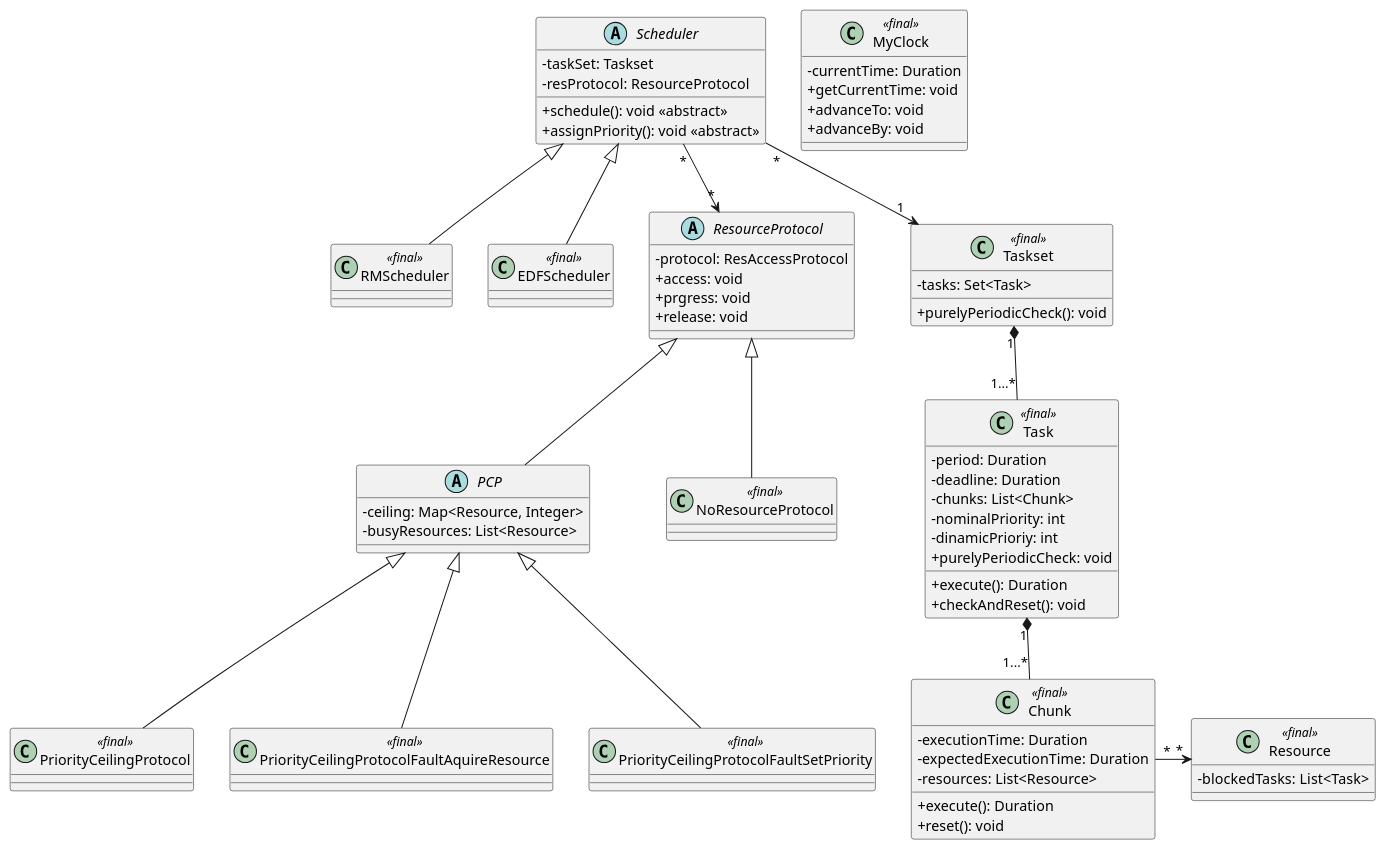
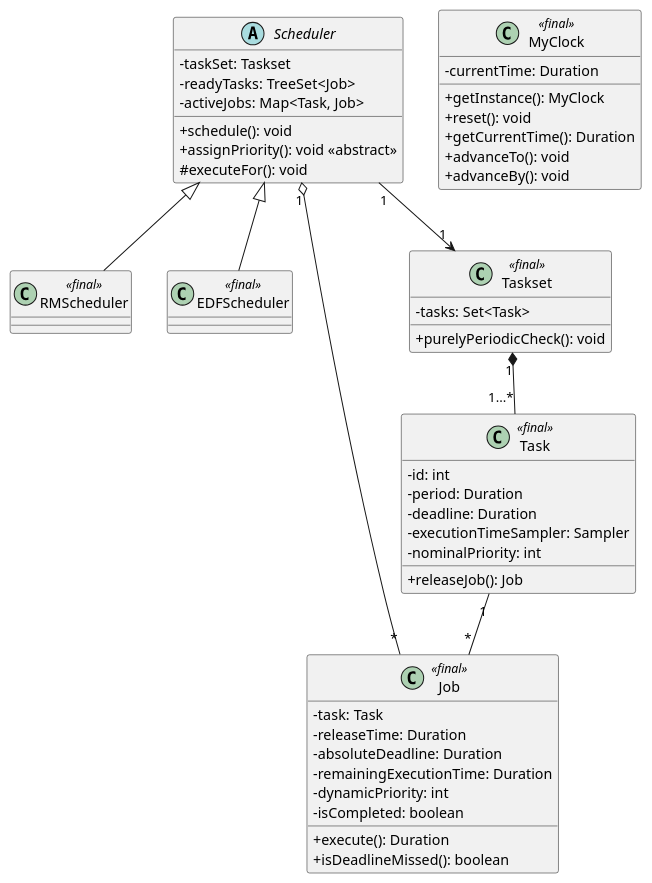
The diagram in simulator/report/immagini/class diagram.puml (edoardosarri24/probabilistic-soft-real-time-analysis), drawn with PlantUML before and after one commit. The commit also changed 30 other files, not shown here.

```diff
--- a/simulator/report/immagini/class diagram.puml
+++ b/simulator/report/immagini/class diagram.puml
@@ -1,91 +1,62 @@
 @startuml class diagram
 skinparam classAttributeIconSize 0
 
 ' classi
 abstract class Scheduler {
     - taskSet: Taskset
-    - resProtocol: ResourceProtocol
-    + schedule(): void <<abstract>>
+    - readyTasks: TreeSet<Job>
+    - activeJobs: Map<Task, Job>
+    + schedule(): void
     + assignPriority(): void <<abstract>>
+    # executeFor(): void
 }
 
 class MyClock <<final>> {
     - currentTime: Duration
-    + getCurrentTime: void
-    + advanceTo: void
-    + advanceBy: void
+    + getInstance(): MyClock
+    + reset(): void
+    + getCurrentTime(): Duration
+    + advanceTo(): void
+    + advanceBy(): void
 }
 
 class RMScheduler <<final>> {
 }
 
 class EDFScheduler <<final>> {
 }
 
-abstract class ResourceProtocol {
-    - protocol: ResAccessProtocol
-    + access: void
-    + prgress: void
-    + release: void
-}
-
-abstract class PCP {
-    - ceiling: Map<Resource, Integer>
-    - busyResources: List<Resource>
-}
-
-class PriorityCeilingProtocol <<final>> {
-}
-
-class NoResourceProtocol <<final>> {
-}
-
-class PriorityCeilingProtocolFaultAquireResource <<final>> {
-}
-
-class PriorityCeilingProtocolFaultSetPriority <<final>> {
-}
-
-class Resource <<final>> {
-    - blockedTasks: List<Task>
+class Job <<final>> {
+    - task: Task
+    - releaseTime: Duration
+    - absoluteDeadline: Duration
+    - remainingExecutionTime: Duration
+    - dynamicPriority: int
+    - isCompleted: boolean
+    + execute(): Duration
+    + isDeadlineMissed(): boolean
 }
 
 class Taskset <<final>> {
     - tasks: Set<Task>
     + purelyPeriodicCheck(): void
 }
 
 class Task <<final>> {
+    - id: int
     - period: Duration
     - deadline: Duration
-    - chunks: List<Chunk>
+    - executionTimeSampler: Sampler
     - nominalPriority: int
-    - dinamicPrioriy: int
-    + execute(): Duration
-    + checkAndReset(): void
-    + purelyPeriodicCheck: void
-}
-
-class Chunk <<final>> {
-    - executionTime: Duration
-    - expectedExecutionTime: Duration
-    - resources: List<Resource>
-    + execute(): Duration
-    + reset(): void
+    + releaseJob(): Job
 }
 
 ' relazioni
 Scheduler <|-- RMScheduler
 Scheduler <|-- EDFScheduler
-Scheduler "*" --> "*" ResourceProtocol
-ResourceProtocol <|-- PCP
-ResourceProtocol <|-- NoResourceProtocol
-PCP <|-- PriorityCeilingProtocol
-PCP <|-- PriorityCeilingProtocolFaultAquireResource
-PCP <|-- PriorityCeilingProtocolFaultSetPriority
-Scheduler "*" --> "1" Taskset
+Scheduler "1" --> "1" Taskset
+Scheduler "1" o-- "*" Job
 Taskset "1" *-- "1...*" Task
-Task "1" *-- "1...*" Chunk
-Chunk "*" -> "*" Resource
+Task "1" -- "*" Job
 
 @enduml
```
